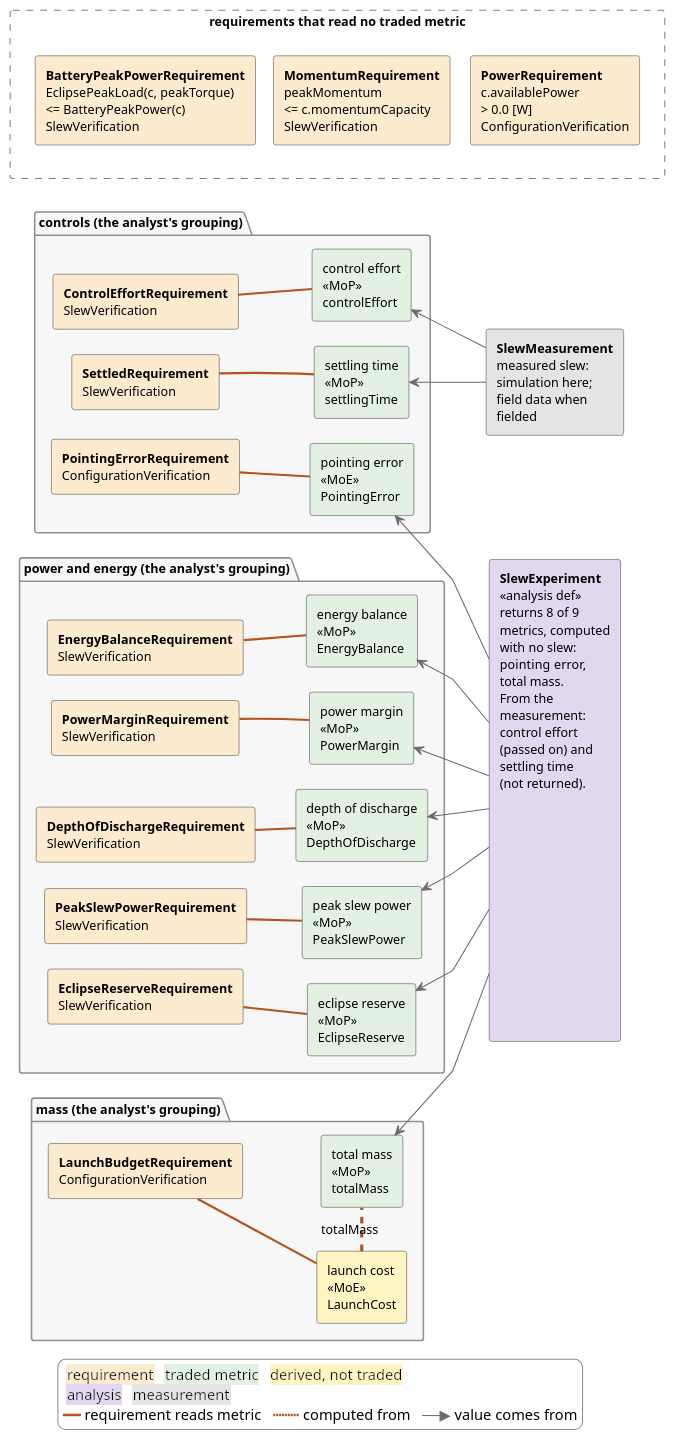
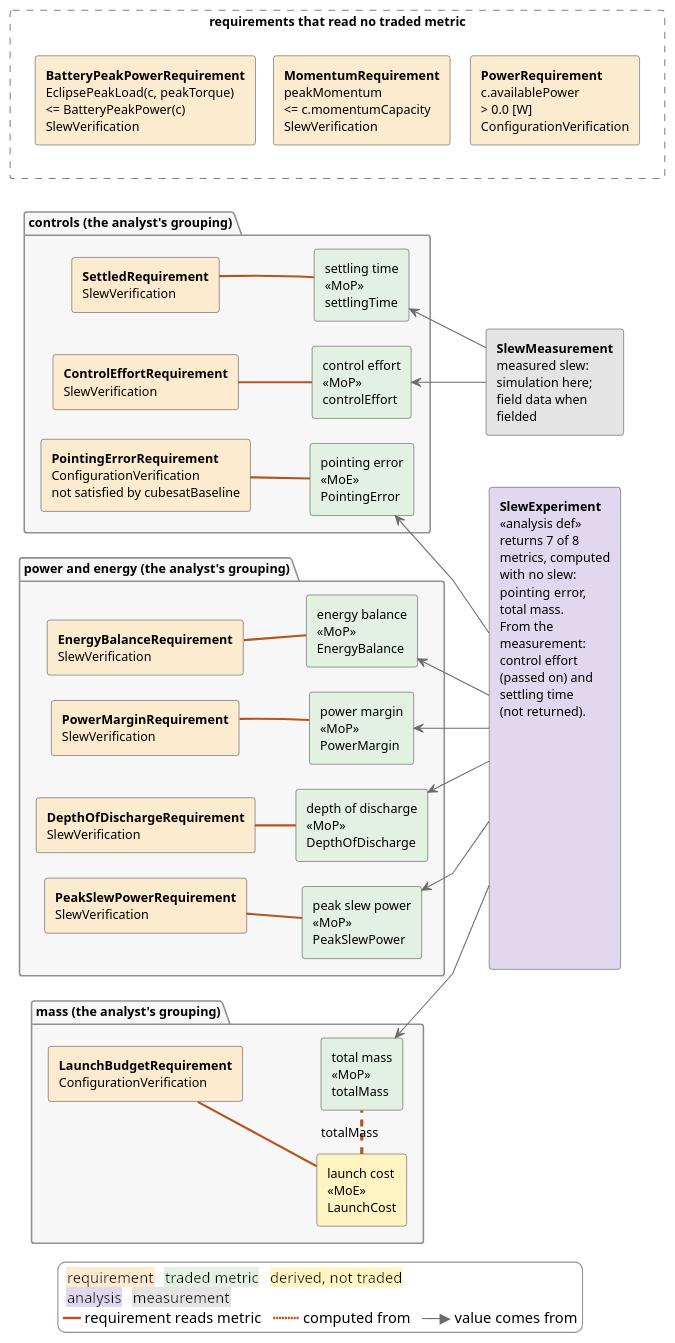
The diagram in examples/adcs/model_v2/views/behavioural_view.puml (DynamicalSystemsGroup/hyperbolic-trade-space), drawn with PlantUML before and after one commit. The commit also changed 13 other files, not shown here.

First line of the commit message:
WP23 close-out step 1: the model at the supervisor's four thresholds, the eclipse reserve out, eight traded metrics

```diff
--- a/examples/adcs/model_v2/views/behavioural_view.puml
+++ b/examples/adcs/model_v2/views/behavioural_view.puml
@@ -1,102 +1,96 @@
 @startuml
 left to right direction
 skinparam linetype polyline
 skinparam shadowing false
 skinparam defaultFontName SansSerif
 skinparam defaultFontSize 12
 skinparam ClassBackgroundColor white
 skinparam ClassBorderColor #404040
 skinparam ClassAttributeIconSize 0
 skinparam ArrowColor #404040
 skinparam RectangleBackgroundColor white
 skinparam RectangleBorderColor #404040
 skinparam PackageBackgroundColor #F7F7F7
 skinparam PackageBorderColor #909090
 skinparam LegendBackgroundColor white
 skinparam LegendBorderColor #909090
 skinparam nodesep 24
 skinparam ranksep 12
 hide circle
 hide empty members
 
 scale 700 width
 
 package "controls (the analyst's grouping)" {
   rectangle "**SettledRequirement**\nSlewVerification" as xSettledrequirement #FDEBD0
   rectangle "**ControlEffortRequirement**\nSlewVerification" as xControleffortrequirement #FDEBD0
-  rectangle "**PointingErrorRequirement**\nConfigurationVerification" as xPointingerrorrequirement #FDEBD0
+  rectangle "**PointingErrorRequirement**\nConfigurationVerification\nnot satisfied by cubesatBaseline" as xPointingerrorrequirement #FDEBD0
   rectangle "settling time\n<<MoP>>\nsettlingTime" as xSettlingTime #E3F1E3
   rectangle "control effort\n<<MoP>>\ncontrolEffort" as xControlEffort #E3F1E3
   rectangle "pointing error\n<<MoE>>\nPointingError" as xPointingError #E3F1E3
 }
 xSettledrequirement -[hidden]right-> xControleffortrequirement
 xControleffortrequirement -[hidden]right-> xPointingerrorrequirement
 xSettlingTime -[hidden]right-> xControlEffort
 xControlEffort -[hidden]right-> xPointingError
 xSettledrequirement -[hidden]-> xSettlingTime
 package "power and energy (the analyst's grouping)" {
   rectangle "**PowerMarginRequirement**\nSlewVerification" as xPowermarginrequirement #FDEBD0
   rectangle "**EnergyBalanceRequirement**\nSlewVerification" as xEnergybalancerequirement #FDEBD0
-  rectangle "**EclipseReserveRequirement**\nSlewVerification" as xEclipsereserverequirement #FDEBD0
   rectangle "**PeakSlewPowerRequirement**\nSlewVerification" as xPeakslewpowerrequirement #FDEBD0
   rectangle "**DepthOfDischargeRequirement**\nSlewVerification" as xDepthofdischargerequirement #FDEBD0
   rectangle "power margin\n<<MoP>>\nPowerMargin" as xPowerMargin #E3F1E3
   rectangle "energy balance\n<<MoP>>\nEnergyBalance" as xEnergyBalance #E3F1E3
-  rectangle "eclipse reserve\n<<MoP>>\nEclipseReserve" as xEclipseReserve #E3F1E3
   rectangle "peak slew power\n<<MoP>>\nPeakSlewPower" as xPeakSlewPower #E3F1E3
   rectangle "depth of discharge\n<<MoP>>\nDepthOfDischarge" as xDepthOfDischarge #E3F1E3
 }
 xPowermarginrequirement -[hidden]right-> xEnergybalancerequirement
-xEnergybalancerequirement -[hidden]right-> xEclipsereserverequirement
-xEclipsereserverequirement -[hidden]right-> xPeakslewpowerrequirement
+xEnergybalancerequirement -[hidden]right-> xPeakslewpowerrequirement
 xPeakslewpowerrequirement -[hidden]right-> xDepthofdischargerequirement
 xPowerMargin -[hidden]right-> xEnergyBalance
-xEnergyBalance -[hidden]right-> xEclipseReserve
-xEclipseReserve -[hidden]right-> xPeakSlewPower
+xEnergyBalance -[hidden]right-> xPeakSlewPower
 xPeakSlewPower -[hidden]right-> xDepthOfDischarge
 xPowermarginrequirement -[hidden]-> xPowerMargin
 package "mass (the analyst's grouping)" {
   rectangle "**LaunchBudgetRequirement**\nConfigurationVerification" as xLaunchbudgetrequirement #FDEBD0
   rectangle "launch cost\n<<MoE>>\nLaunchCost" as xLaunchcost #FFF4C2
   rectangle "total mass\n<<MoP>>\ntotalMass" as xTotalMass #E3F1E3
 }
 xLaunchbudgetrequirement -[hidden]-> xTotalMass
 rectangle "requirements that read no traded metric" as xNoLine #FFFFFF;line:gray;line.dashed {
   rectangle "**BatteryPeakPowerRequirement**\nEclipsePeakLoad(c, peakTorque)\n<= BatteryPeakPower(c)\nSlewVerification" as xBatterypeakpowerrequirement #FDEBD0
   rectangle "**MomentumRequirement**\npeakMomentum\n<= c.momentumCapacity\nSlewVerification" as xMomentumrequirement #FDEBD0
   rectangle "**PowerRequirement**\nc.availablePower\n> 0.0 [W]\nConfigurationVerification" as xPowerrequirement #FDEBD0
   xBatterypeakpowerrequirement -[hidden]-> xMomentumrequirement
   xMomentumrequirement -[hidden]-> xPowerrequirement
 }
 xLaunchbudgetrequirement -[hidden]right-> xNoLine
 
-rectangle "**SlewExperiment**\n<<analysis def>>\nreturns 8 of 9\nmetrics, computed\nwith no slew:\npointing error,\ntotal mass.\nFrom the\nmeasurement:\ncontrol effort\n(passed on) and\nsettling time\n(not returned).\n\n\n\n\n\n\n\n\n\n\n\n\n\n" as xAnalysis #E1D8F0
+rectangle "**SlewExperiment**\n<<analysis def>>\nreturns 7 of 8\nmetrics, computed\nwith no slew:\npointing error,\ntotal mass.\nFrom the\nmeasurement:\ncontrol effort\n(passed on) and\nsettling time\n(not returned).\n\n\n\n\n\n\n\n\n\n\n\n\n\n" as xAnalysis #E1D8F0
 rectangle "**SlewMeasurement**\nmeasured slew:\nsimulation here;\nfield data when\nfielded" as xMeasure #E4E4E4
 xMeasure -[hidden]right-> xAnalysis
 
 xControleffortrequirement -[#B5541C,thickness=2]- xControlEffort
 xDepthofdischargerequirement -[#B5541C,thickness=2]- xDepthOfDischarge
-xEclipsereserverequirement -[#B5541C,thickness=2]- xEclipseReserve
 xEnergybalancerequirement -[#B5541C,thickness=2]- xEnergyBalance
 xLaunchbudgetrequirement -[#B5541C,thickness=2]- xLaunchcost
 xLaunchcost -[#B5541C,dashed,thickness=3]right- xTotalMass : totalMass
 xPeakslewpowerrequirement -[#B5541C,thickness=2]- xPeakSlewPower
 xPointingerrorrequirement -[#B5541C,thickness=2]- xPointingError
 xPowermarginrequirement -[#B5541C,thickness=2]- xPowerMargin
 xSettledrequirement -[#B5541C,thickness=2]- xSettlingTime
 xSettlingTime <-[#6B6B6B]- xMeasure
 xPointingError <-[#6B6B6B]- xAnalysis
 xTotalMass <-[#6B6B6B]- xAnalysis
 xControlEffort <-[#6B6B6B]- xMeasure
 xPowerMargin <-[#6B6B6B]- xAnalysis
 xEnergyBalance <-[#6B6B6B]- xAnalysis
-xEclipseReserve <-[#6B6B6B]- xAnalysis
 xPeakSlewPower <-[#6B6B6B]- xAnalysis
 xDepthOfDischarge <-[#6B6B6B]- xAnalysis
 
 legend bottom
   <back:#FDEBD0> requirement </back> <back:#E3F1E3> traded metric </back> <back:#FFF4C2> derived, not traded </back>
   <back:#E1D8F0> analysis </back> <back:#E4E4E4> measurement </back>
   <color:#B5541C>━━</color> requirement reads metric   <color:#B5541C>┅┅┅</color> computed from   <color:#6B6B6B>──▶</color> value comes from
 end legend
 @enduml
```
